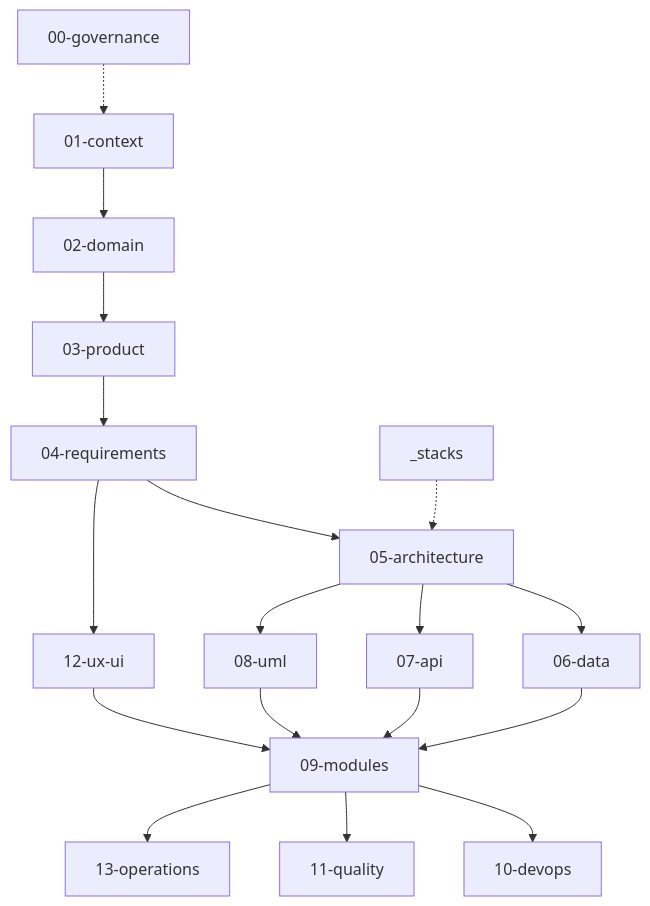
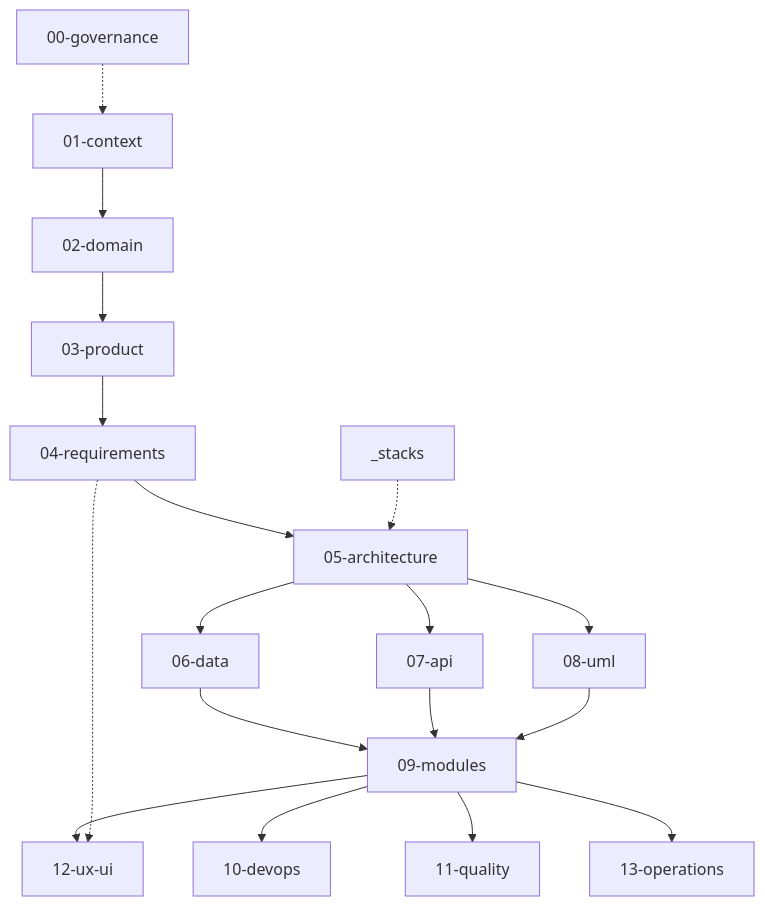
One commit to Naudi13/budget-tracker changed the diagram in docs/README.md. Above: the diagram before and after it, drawn with Mermaid. The commit also changed other lines of this file and 3 other files, not shown here.

````diff
--- a/docs/README.md
+++ b/docs/README.md
@@ -50,13 +50,14 @@
 ```mermaid
 flowchart TD
     GV["00-governance"] -.-> CX["01-context"]
     CX --> DM["02-domain"] --> PR["03-product"] --> RQ["04-requirements"] --> AR["05-architecture"]
     ST["_stacks"] -.-> AR
     AR --> DA["06-data"] --> MD["09-modules"]
     AR --> AP["07-api"] --> MD
     AR --> UM["08-uml"] --> MD
-    RQ --> UX["12-ux-ui"] --> MD
+    MD --> UX["12-ux-ui"]
+    RQ -.-> UX
     MD --> DO["10-devops"]
     MD --> QA["11-quality"]
     MD --> OP["13-operations"]
 ```
````
